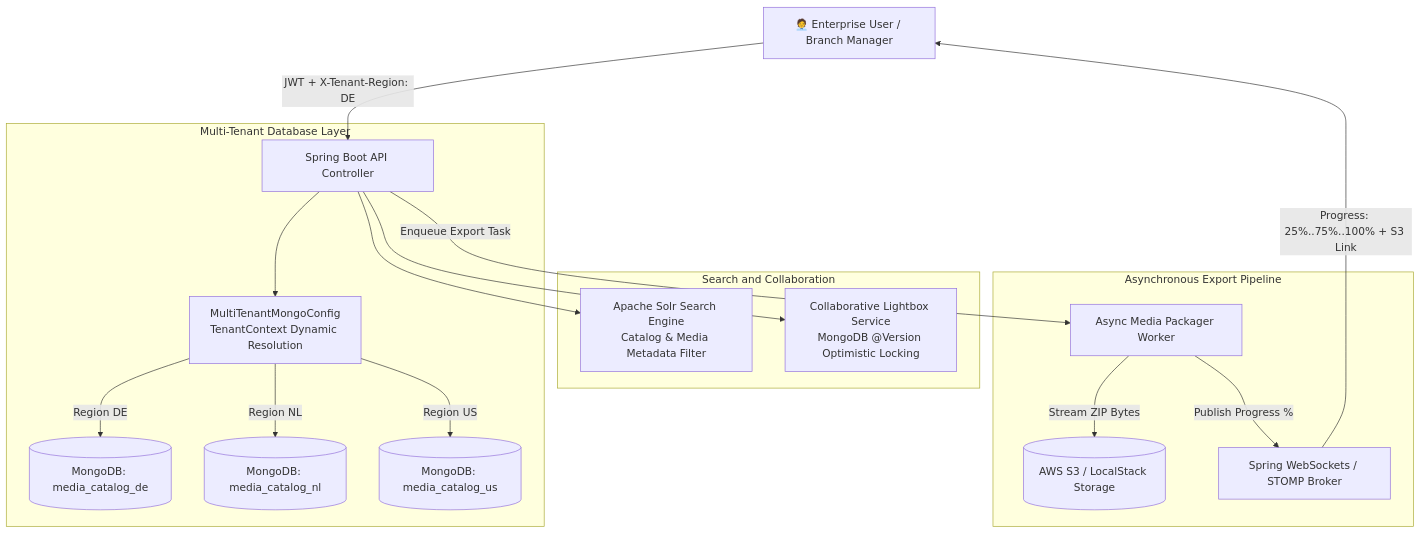
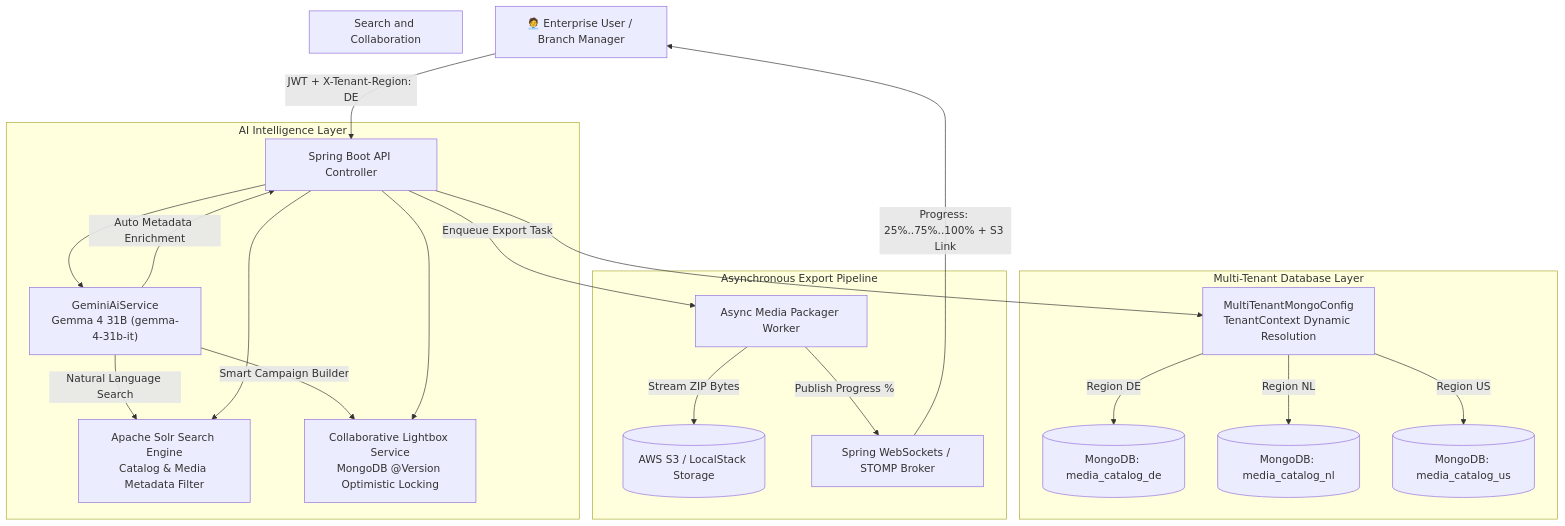
Before and after one commit to nupurd1999/MediaPack_Studio: the diagram in README.md, drawn with Mermaid. The commit also changed other lines of this file and 1 other file, not shown here.

Commit message:
feat: integrate Gemma 4 31B AI engine for metadata enrichment and natural language search

````diff
--- a/README.md
+++ b/README.md
@@ -50,24 +52,31 @@
 ```mermaid
 graph TD
     User["🧑‍💼 Enterprise User / Branch Manager"] -->|JWT + X-Tenant-Region: DE| GW[Spring Boot API Controller]
+
+    subgraph AI Intelligence Layer
+        GW --> AIService["GeminiAiService<br/>Gemma 4 31B (gemma-4-31b-it)"]
+        AIService -->|Natural Language Search| SolrService
+        AIService -->|Auto Metadata Enrichment| GW
+        AIService -->|Smart Campaign Builder| LightboxService
+    end
 
     subgraph Multi-Tenant Database Layer
         GW --> Router["MultiTenantMongoConfig<br/>TenantContext Dynamic Resolution"]
         Router -->|Region DE| DB_DE[(MongoDB: media_catalog_de)]
         Router -->|Region NL| DB_NL[(MongoDB: media_catalog_nl)]
         Router -->|Region US| DB_US[(MongoDB: media_catalog_us)]
     end
 
     subgraph Search and Collaboration
         GW --> SolrService["Apache Solr Search Engine<br/>Catalog & Media Metadata Filter"]
         GW --> LightboxService["Collaborative Lightbox Service<br/>MongoDB @Version Optimistic Locking"]
     end
 
     subgraph Asynchronous Export Pipeline
         GW -->|Enqueue Export Task| Worker[Async Media Packager Worker]
         Worker -->|Stream ZIP Bytes| S3[(AWS S3 / LocalStack Storage)]
         Worker -->|Publish Progress %| WS[Spring WebSockets / STOMP Broker]
     end
 
     WS -->|"Progress: 25%..75%..100% + S3 Link"| User
 ```
````
